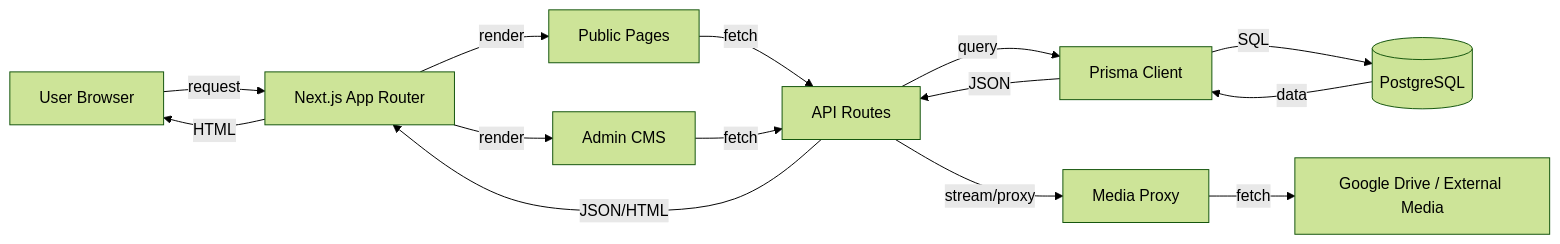
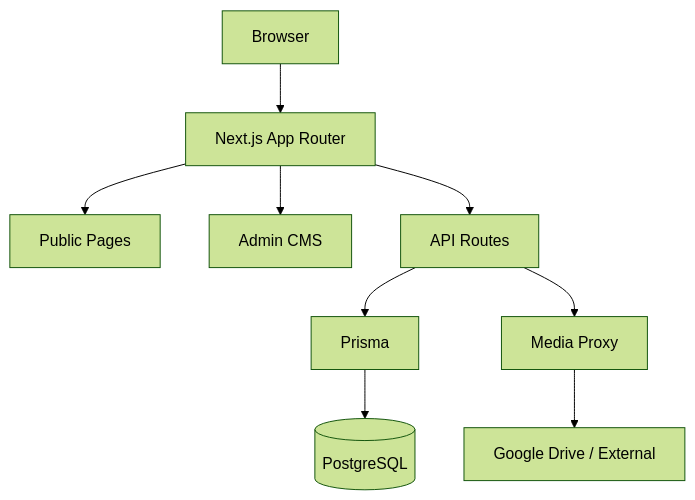
One commit to KtsTrinh/acd-arc changed the diagram in README.md. Above: the diagram before and after it, drawn with Mermaid (forest theme). The commit also changed other lines of this file, not shown here.

Commit message:
Nov 17, 2026, 11:18 AM

````diff
--- a/README.md
+++ b/README.md
@@ -16,16 +16,11 @@
 ```mermaid
-flowchart LR
-  U[User Browser] -->|request| N[Next.js App Router]
-  N -->|render| P[Public Pages]
-  N -->|render| A[Admin CMS]
-  P -->|fetch| API[API Routes]
-  A -->|fetch| API
-  API -->|query| PR[Prisma Client]
-  PR -->|SQL| DB[(PostgreSQL)]
-  API -->|stream/proxy| M[Media Proxy]
-  M -->|fetch| EXT[Google Drive / External Media]
-  DB -->|data| PR
-  PR -->|JSON| API
-  API -->|JSON/HTML| N
-  N -->|HTML| U
+graph TD
+  A[Browser] --> B[Next.js App Router]
+  B --> C[Public Pages]
+  B --> D[Admin CMS]
+  B --> E[API Routes]
+  E --> F[Prisma]
+  F --> G[(PostgreSQL)]
+  E --> H[Media Proxy]
+  H --> I[Google Drive / External]
 ```
````
